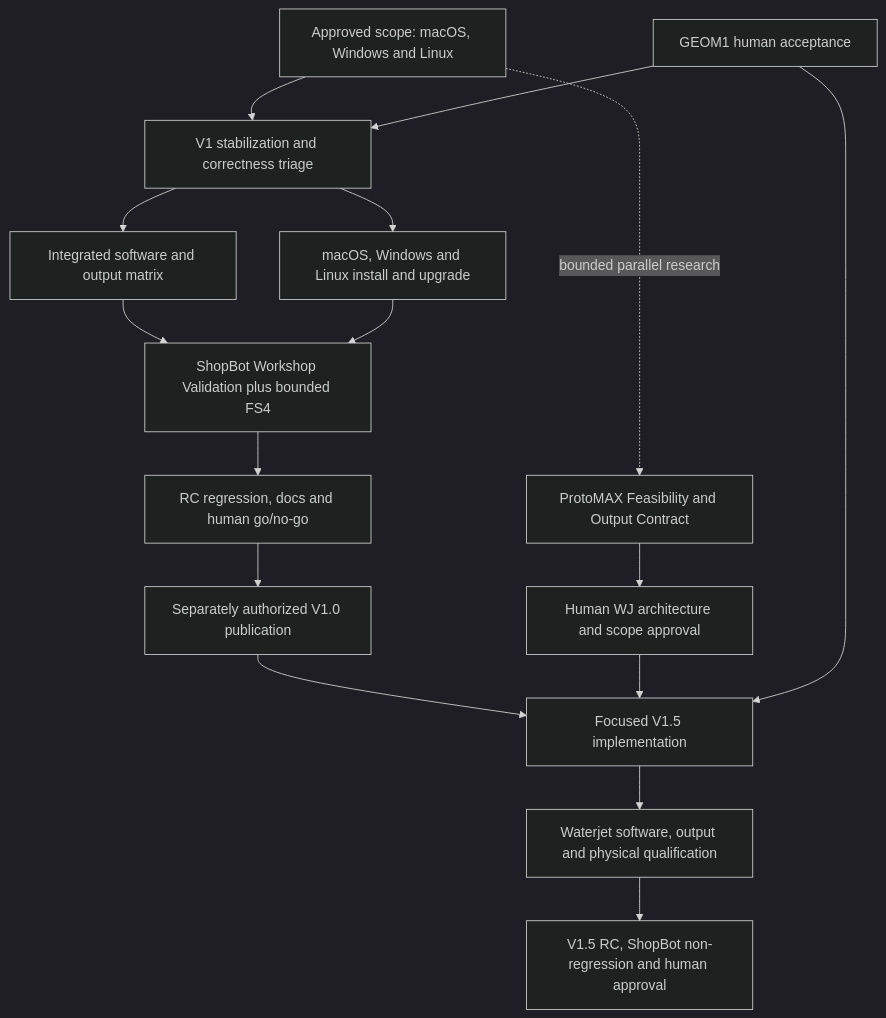
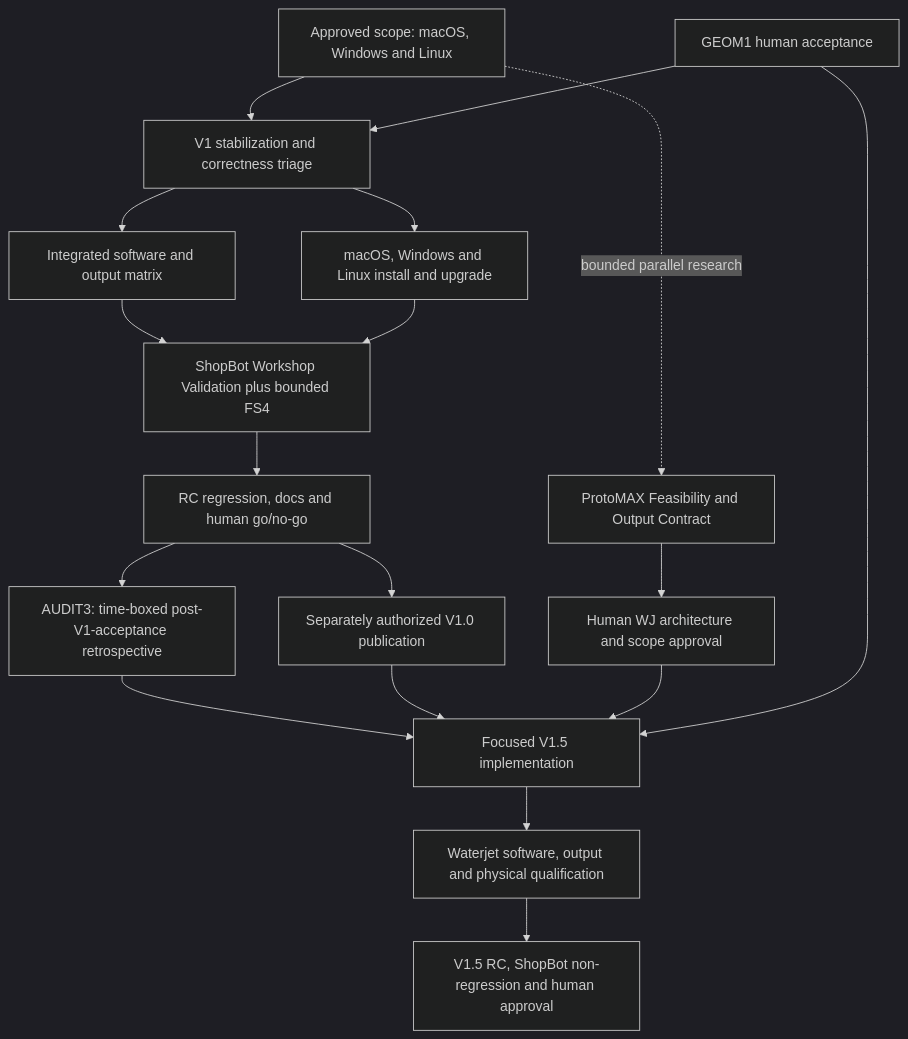
Before and after one commit to harry-finch/FabCAM: the diagram in docs/releases/RELEASE_ROADMAP.md, drawn with Mermaid (dark theme). The commit also changed other lines of this file and 99 other files, not shown here.

````diff
--- a/docs/releases/RELEASE_ROADMAP.md
+++ b/docs/releases/RELEASE_ROADMAP.md
@@ -198,18 +198,20 @@
 ```mermaid
 flowchart TD
   A[Approved scope: macOS, Windows and Linux] --> B[V1 stabilization and correctness triage]
   G[GEOM1 human acceptance] --> B
   B --> C[Integrated software and output matrix]
   B --> D[macOS, Windows and Linux install and upgrade]
   C --> E[ShopBot Workshop Validation plus bounded FS4]
   D --> E
   E --> F[RC regression, docs and human go/no-go]
   F --> R[Separately authorized V1.0 publication]
+  F --> H[AUDIT3: time-boxed post-V1-acceptance retrospective]
+  H --> Y
   A -. bounded parallel research .-> W[ProtoMAX Feasibility and Output Contract]
   W --> X[Human WJ architecture and scope approval]
   R --> Y[Focused V1.5 implementation]
   X --> Y
   G --> Y
   Y --> Z[Waterjet software, output and physical qualification]
   Z --> Q[V1.5 RC, ShopBot non-regression and human approval]
 ```
````
